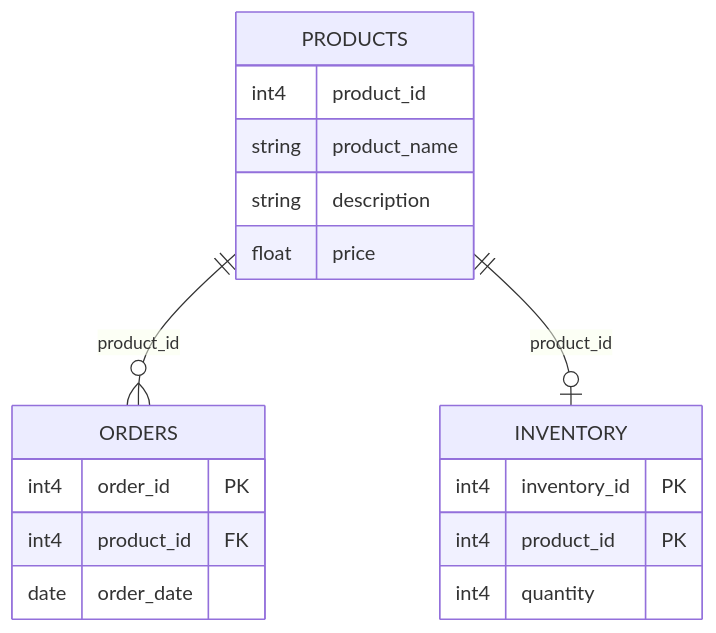
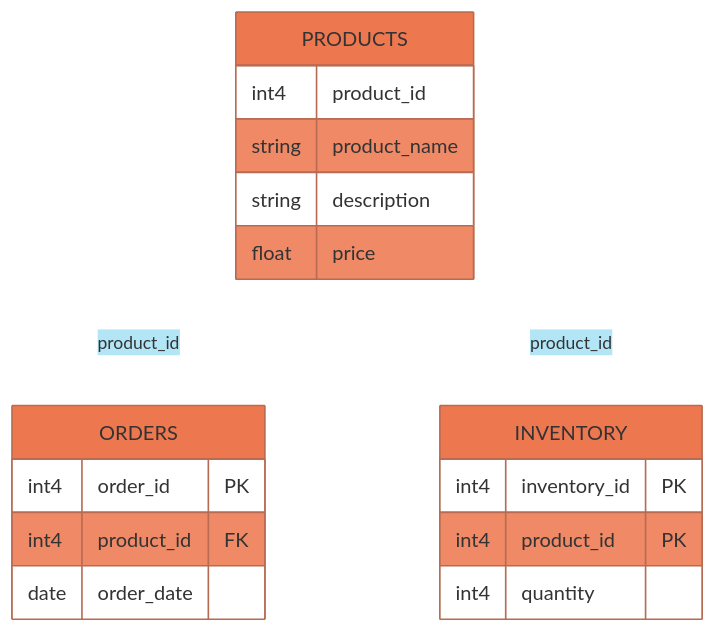
Before and after one commit to yugabyte/r2dbc-ysql-client: the diagram in README.md, drawn with Mermaid.

Commit message:
Fixed color

````diff
--- a/README.md
+++ b/README.md
@@ -18,21 +18,22 @@
 ```mermaid
+%%{init: {'theme':'base', 'themeVariables': { 'background': '#000000','primaryColor': '#ed774f'}}}%%
 erDiagram
   PRODUCTS ||--o{ ORDERS : product_id
   PRODUCTS ||--|o INVENTORY : product_id
   ORDERS {
       int4 order_id  PK
       int4 product_id FK
       date order_date
   }
   PRODUCTS {
     int4 product_id
     string product_name
     string description
     float price
   }
   INVENTORY {
       int4 inventory_id PK
       int4 product_id PK
       int4 quantity
   }
 ```
````
